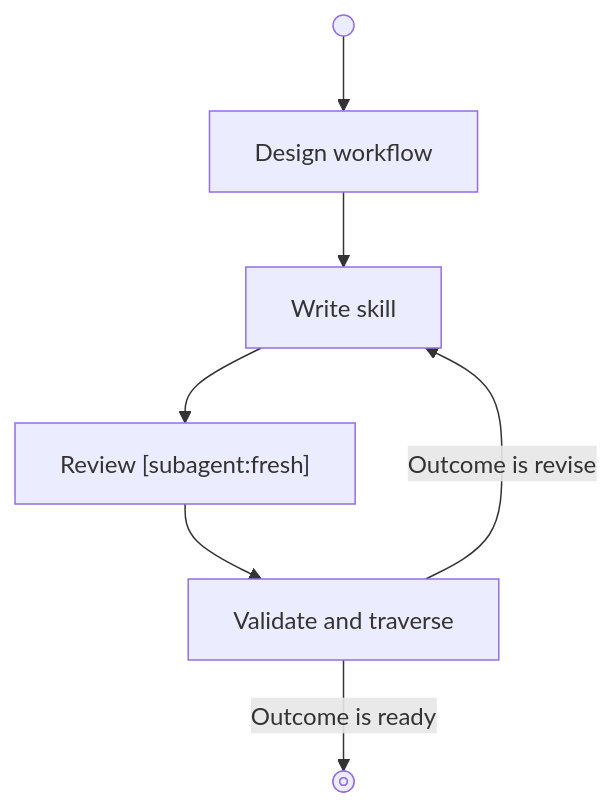
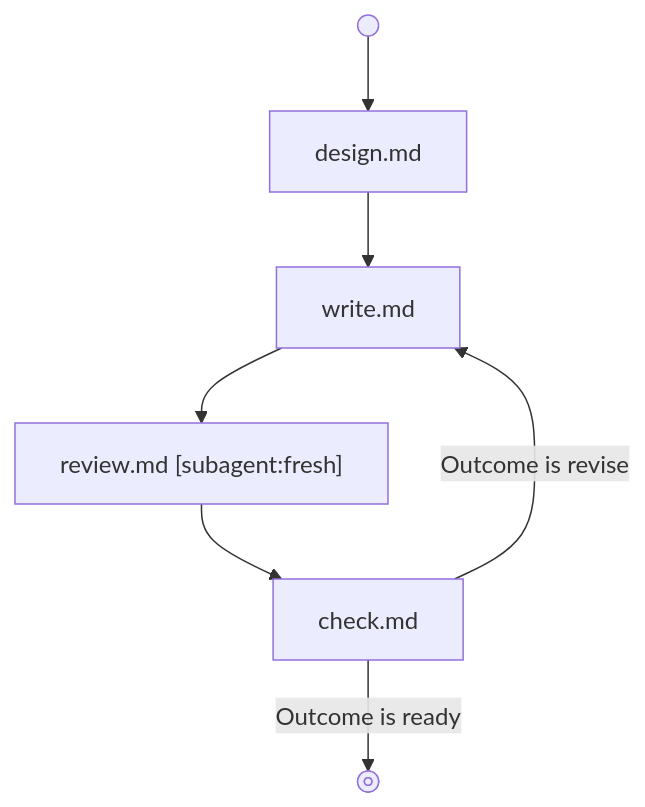
The diagram in skills/graph-workflows/references/examples/write-workflow/WORKFLOW.md (jdeurt/graph-workflows), drawn with Mermaid before and after one commit. The commit also changed 10 other files, not shown here.

````diff
--- a/skills/graph-workflows/references/examples/write-workflow/WORKFLOW.md
+++ b/skills/graph-workflows/references/examples/write-workflow/WORKFLOW.md
@@ -8,21 +8,15 @@
 ```mermaid
 flowchart TD
 _start@{ shape: sm-circ, label: "Start" }
-design["Design workflow"]
-write["Write skill"]
-review["Review [subagent:fresh]"]
-check["Validate and traverse"]
+design["design.md"]
+write["write.md"]
+review["review.md [subagent:fresh]"]
+check["check.md"]
 _stop@{ shape: framed-circle, label: "Stop" }
-click _start href "steps/_start.md"
-click design href "steps/design.md"
-click write href "steps/write.md"
-click review href "steps/review.md"
-click check href "steps/check.md"
-click _stop href "steps/_stop.md"
 _start --> design
 design --> write
 write --> review
 review --> check
 check -->|Outcome is revise| write
 check -->|Outcome is ready| _stop
 ```
````
